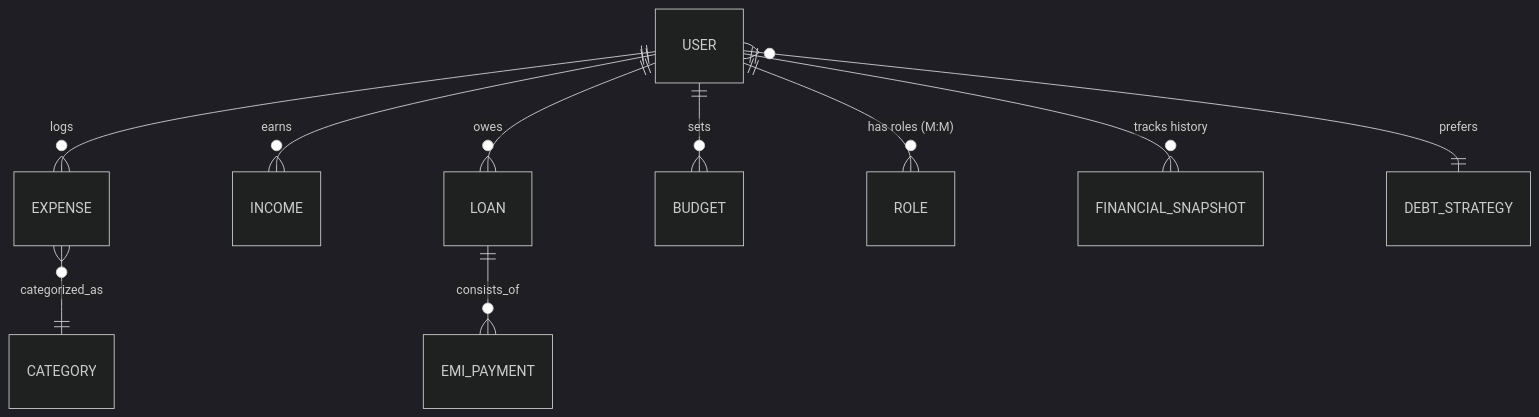
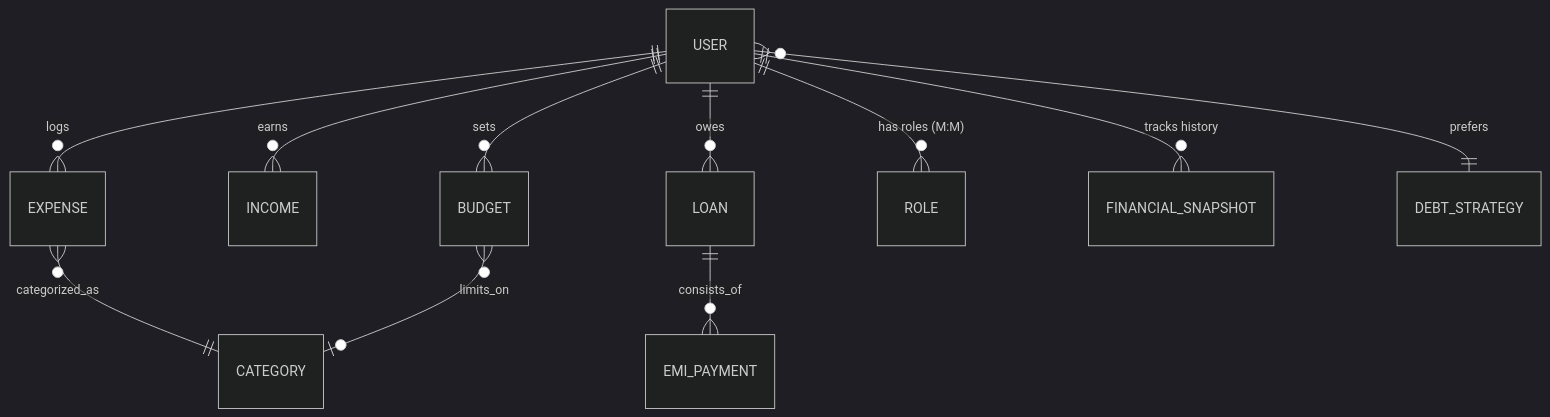
The second of 3 diagrams in README.md (sarangsvkm/smart-expense-frontend), drawn with Mermaid (dark theme) before and after one commit. The commit also changed other lines of this file and 2 other files, not shown here.

````diff
--- a/README.md
+++ b/README.md
@@ -72,13 +72,15 @@
 ```mermaid
 erDiagram
     USER ||--o{ EXPENSE : logs
     USER ||--o{ INCOME : earns
     USER ||--o{ LOAN : owes
     USER ||--o{ BUDGET : sets
     USER ||--o{ ROLE : "has roles (M:M)"
     USER ||--o{ FINANCIAL_SNAPSHOT : "tracks history"
     USER }o--|| DEBT_STRATEGY : prefers
 
     EXPENSE }o--|| CATEGORY : categorized_as
+    BUDGET }o--|o CATEGORY : limits_on
+
     LOAN ||--o{ EMI_PAYMENT : consists_of
 ```
````
